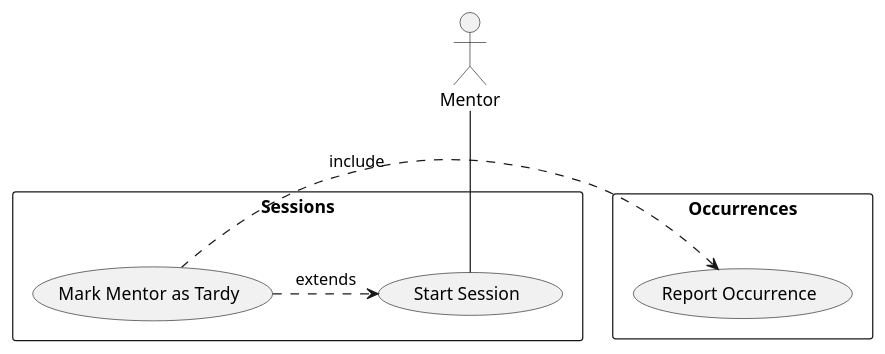
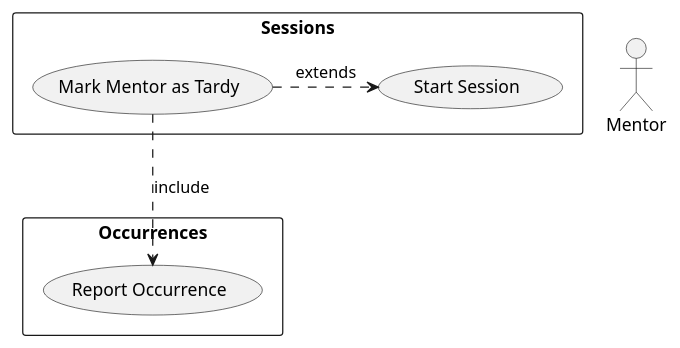
One commit to bmb0136/COMP-3700-Project changed the diagram in Use Cases/MarkMentorTardy.iuml. Above: the diagram before and after it, drawn with PlantUML. The commit also changed 2 other files, not shown here.

Commit message:
Fixing UML formatting in combined session diagrams

```diff
--- a/Use Cases/MarkMentorTardy.iuml
+++ b/Use Cases/MarkMentorTardy.iuml
@@ -1,14 +1,13 @@
 @startuml MarkMentorTardy
 actor :Mentor:
 rectangle "Sessions" {
   (Start Session) as Start
   (Mark Mentor as Tardy) as Tardy
 }
 rectangle "Occurrences" {
   (Report Occurrence) as Report
 }
-Mentor -- Start
 Tardy .> Start : extends
-Tardy .> Report : include
+Tardy ..> Report : include
 
 @enduml
```
